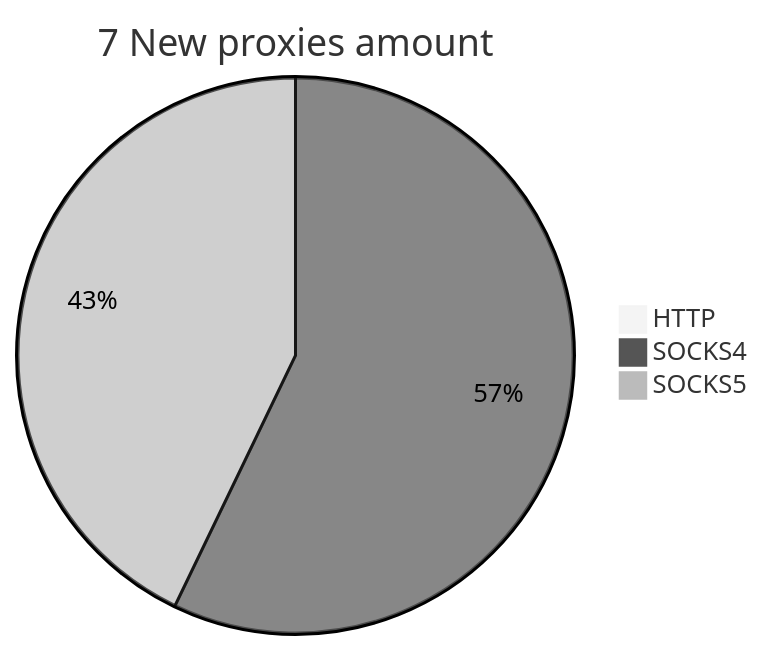
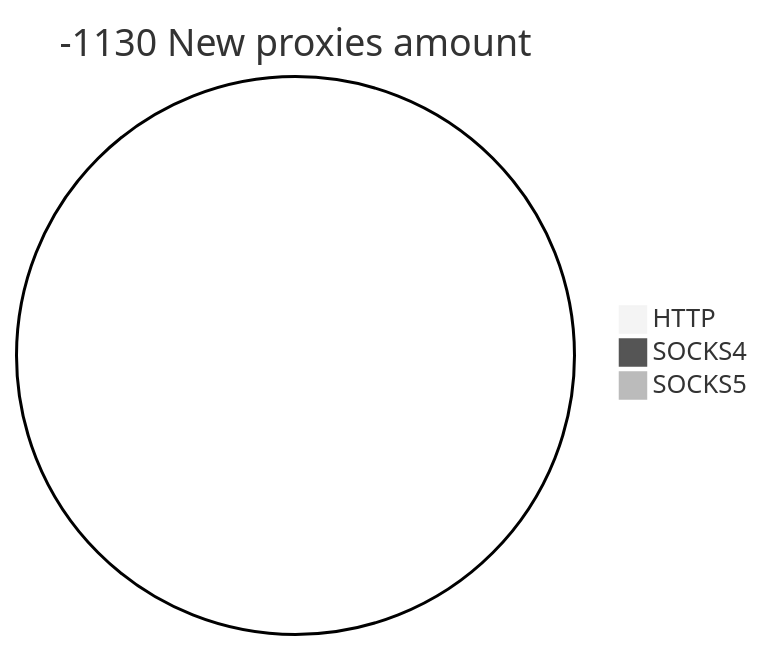
Before and after one commit to cutipu/proxylist: the second of 2 diagrams in README.md, drawn with Mermaid (neutral theme). The commit also changed other lines of this file, not shown here.

````diff
--- a/README.md
+++ b/README.md
@@ -10,6 +10,6 @@
 ```mermaid
-pie title 7 New proxies amount
+pie title -1130 New proxies amount
     "HTTP" : 0
-    "SOCKS4" : 4
-    "SOCKS5" : 3
+    "SOCKS4" : 0
+    "SOCKS5" : 0
 ```
````
